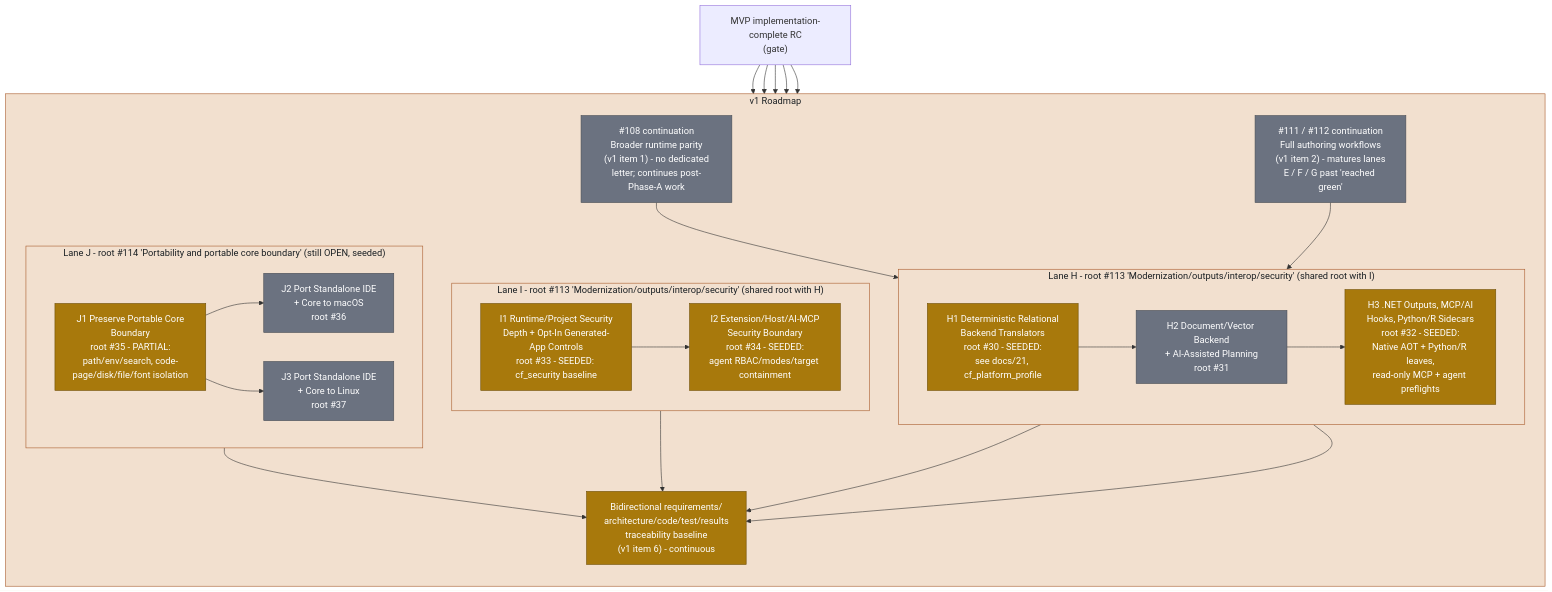
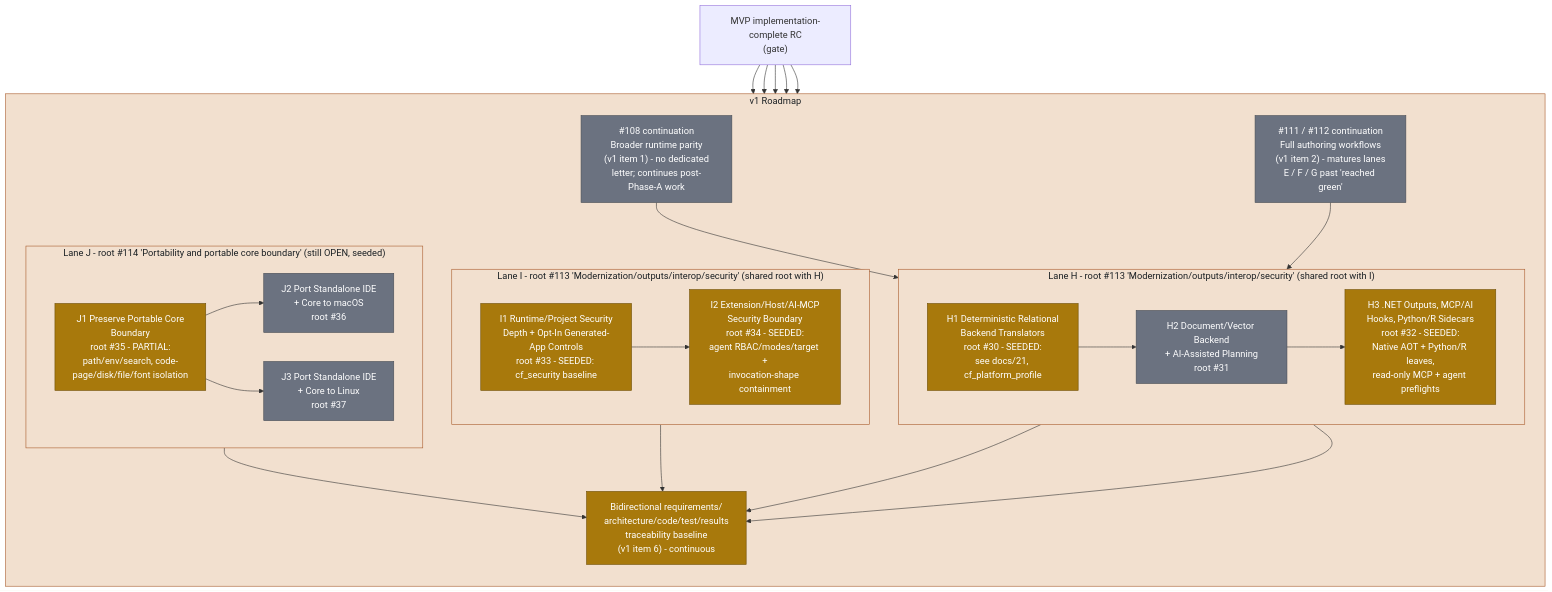
The diagram in docs/diagrams/roadmap-v1-lanes-hij.md (rhamenator/Project-Copperfin), drawn with Mermaid before and after one commit. The commit also changed other lines of this file and 12 other files, not shown here.

Commit message:
Define workspace-agent process invocation shape

````diff
--- a/docs/diagrams/roadmap-v1-lanes-hij.md
+++ b/docs/diagrams/roadmap-v1-lanes-hij.md
@@ -10,60 +10,60 @@
 ```mermaid
 flowchart TB
     classDef partial fill:#a8790c,stroke:#6e4f07,color:#ffffff,stroke-width:1px;
     classDef planned fill:#6b7280,stroke:#484d54,color:#ffffff,stroke-width:1px;
     classDef lane fill:#f2e0cf,stroke:#a85a2a,color:#1b2024,stroke-width:1px;
 
     MVP["MVP implementation-complete RC<br/>(gate)"]
 
     subgraph V1["v1 Roadmap"]
       direction TB
 
       CONT1["#108 continuation<br/>Broader runtime parity<br/>(v1 item 1) - no dedicated<br/>letter; continues post-Phase-A work"]
       CONT2["#111 / #112 continuation<br/>Full authoring workflows<br/>(v1 item 2) - matures lanes<br/>E / F / G past 'reached green'"]
 
       subgraph LANEH["Lane H - root #113 'Modernization/outputs/interop/security' (shared root with I)"]
         direction LR
         H1["H1 Deterministic Relational<br/>Backend Translators<br/>root #30 - SEEDED:<br/>see docs/21, cf_platform_profile"]
         H2["H2 Document/Vector Backend<br/>+ AI-Assisted Planning<br/>root #31"]
         H3["H3 .NET Outputs, MCP/AI<br/>Hooks, Python/R Sidecars<br/>root #32 - SEEDED:<br/>Native AOT + Python/R leaves,<br/>read-only MCP + agent preflights"]
         H1 --> H2 --> H3
       end
 
       subgraph LANEI["Lane I - root #113 'Modernization/outputs/interop/security' (shared root with H)"]
         direction LR
         I1["I1 Runtime/Project Security<br/>Depth + Opt-In Generated-<br/>App Controls<br/>root #33 - SEEDED: cf_security baseline"]
-        I2["I2 Extension/Host/AI-MCP<br/>Security Boundary<br/>root #34 - SEEDED:<br/>agent RBAC/modes/target containment"]
+        I2["I2 Extension/Host/AI-MCP<br/>Security Boundary<br/>root #34 - SEEDED:<br/>agent RBAC/modes/target +<br/>invocation-shape containment"]
         I1 --> I2
       end
 
       subgraph LANEJ["Lane J - root #114 'Portability and portable core boundary' (still OPEN, seeded)"]
         direction LR
         J1["J1 Preserve Portable Core<br/>Boundary<br/>root #35 - PARTIAL:<br/>path/env/search, code-page/disk/file/font isolation"]
         J2["J2 Port Standalone IDE<br/>+ Core to macOS<br/>root #36"]
         J3["J3 Port Standalone IDE<br/>+ Core to Linux<br/>root #37"]
         J1 --> J2
         J1 --> J3
       end
 
       TRACE["Bidirectional requirements/<br/>architecture/code/test/results<br/>traceability baseline<br/>(v1 item 6) - continuous"]
     end
 
     MVP --> CONT1
     MVP --> CONT2
     MVP --> LANEH
     MVP --> LANEI
     MVP --> LANEJ
     CONT1 --> H1
     CONT2 --> H3
     H1 --> TRACE
     H3 --> TRACE
     I2 --> TRACE
     J1 --> TRACE
 
     class CONT1,CONT2 planned;
     class H1,H3,I1,I2,J1 partial;
     class H2 planned;
     class J2,J3 planned;
     class TRACE partial;
     class V1,LANEH,LANEI,LANEJ lane;
 ```
````
